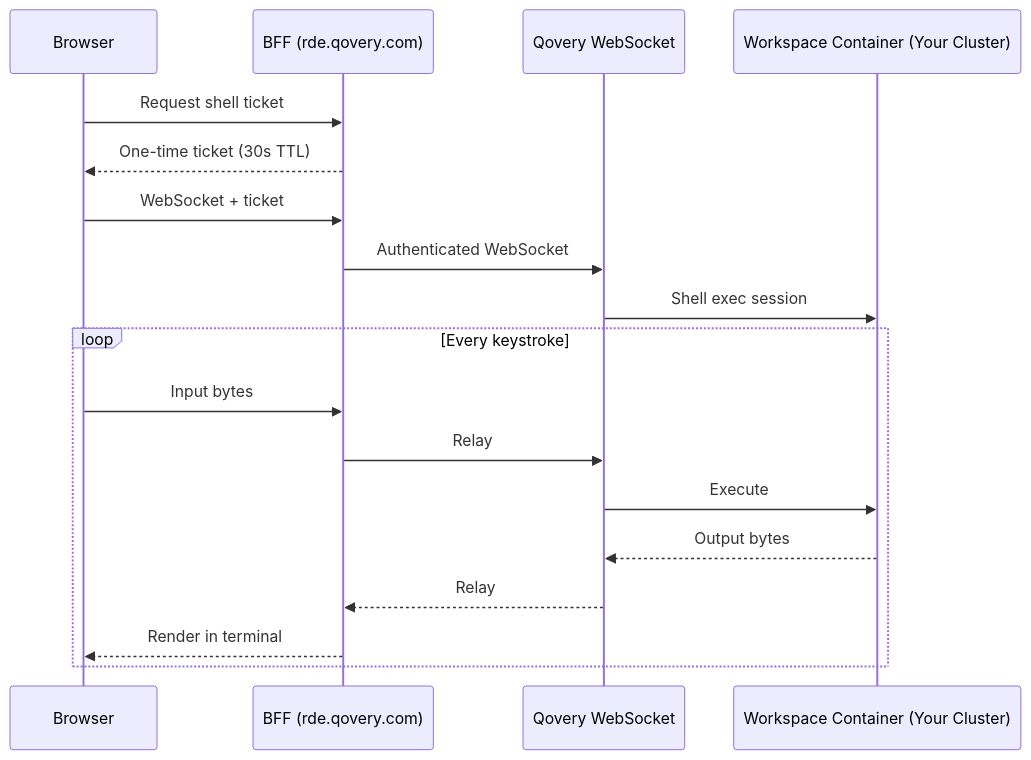
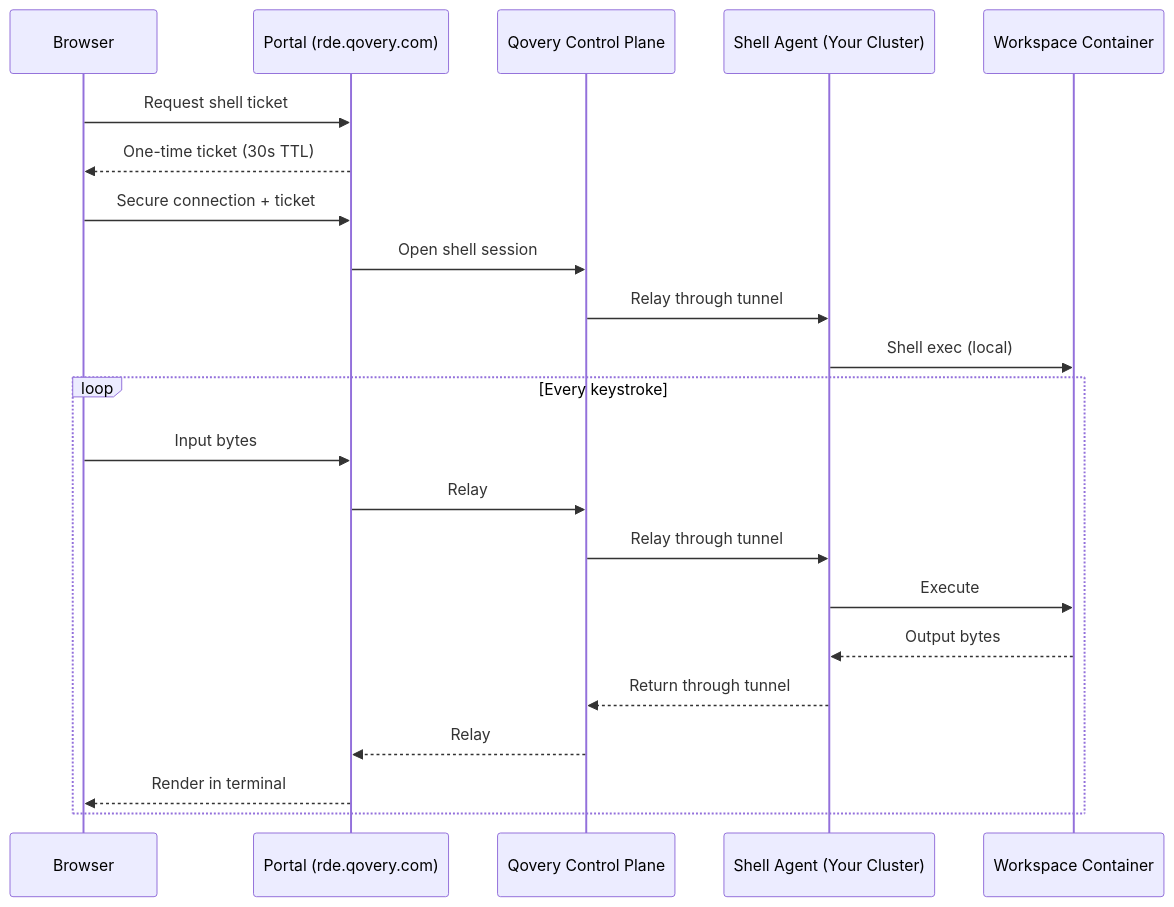
One commit to Qovery/documentation changed the third of 3 diagrams in docs/rde/reference/security.mdx. Above: the diagram before and after it, drawn with Mermaid. The commit also changed other lines of this file and 3 other files, not shown here.

````diff
--- a/docs/rde/reference/security.mdx
+++ b/docs/rde/reference/security.mdx
@@ -69,22 +117,26 @@
 ```mermaid
 sequenceDiagram
     participant Browser
-    participant BFF as BFF (rde.qovery.com)
-    participant QWS as Qovery WebSocket
-    participant Container as Workspace Container (Your Cluster)
+    participant Portal as Portal (rde.qovery.com)
+    participant CP as Qovery Control Plane
+    participant Agent as Shell Agent (Your Cluster)
+    participant Container as Workspace Container
 
-    Browser->>BFF: Request shell ticket
-    BFF-->>Browser: One-time ticket (30s TTL)
-    Browser->>BFF: WebSocket + ticket
-    BFF->>QWS: Authenticated WebSocket
-    QWS->>Container: Shell exec session
+    Browser->>Portal: Request shell ticket
+    Portal-->>Browser: One-time ticket (30s TTL)
+    Browser->>Portal: Secure connection + ticket
+    Portal->>CP: Open shell session
+    CP->>Agent: Relay through tunnel
+    Agent->>Container: Shell exec (local)
 
     loop Every keystroke
-        Browser->>BFF: Input bytes
-        BFF->>QWS: Relay
-        QWS->>Container: Execute
-        Container-->>QWS: Output bytes
-        QWS-->>BFF: Relay
-        BFF-->>Browser: Render in terminal
+        Browser->>Portal: Input bytes
+        Portal->>CP: Relay
+        CP->>Agent: Relay through tunnel
+        Agent->>Container: Execute
+        Container-->>Agent: Output bytes
+        Agent-->>CP: Return through tunnel
+        CP-->>Portal: Relay
+        Portal-->>Browser: Render in terminal
     end
 ```
````
